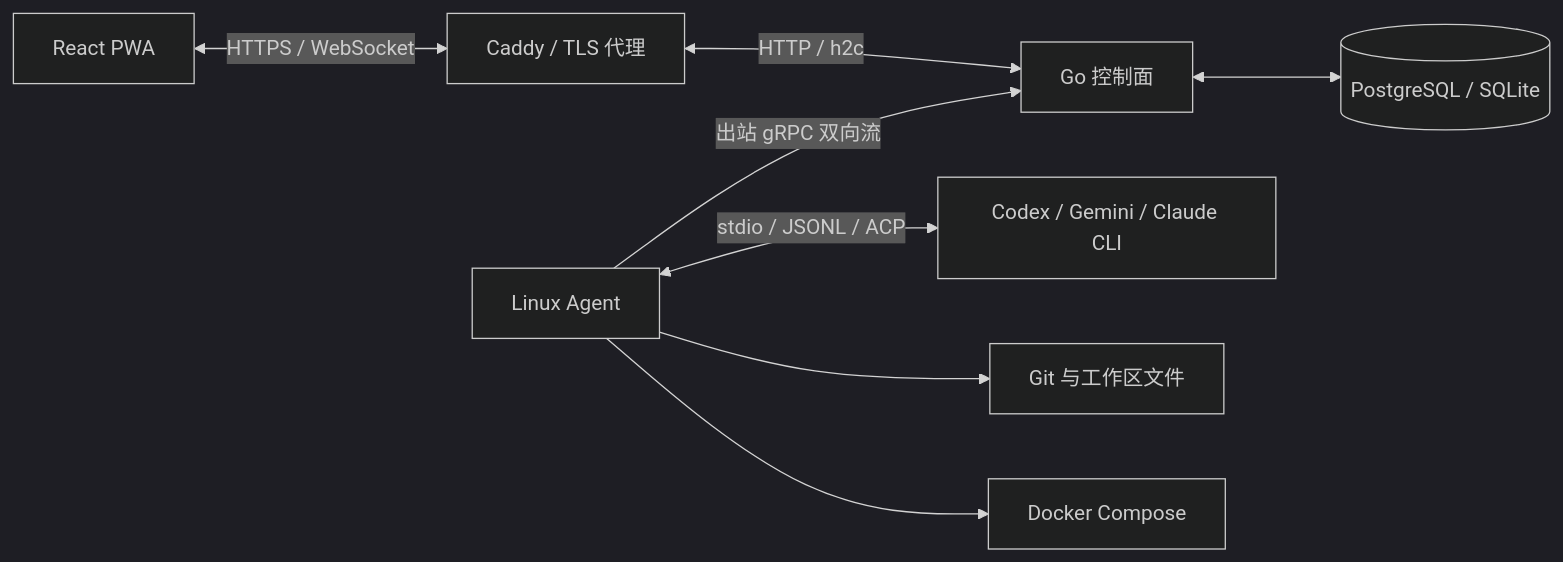
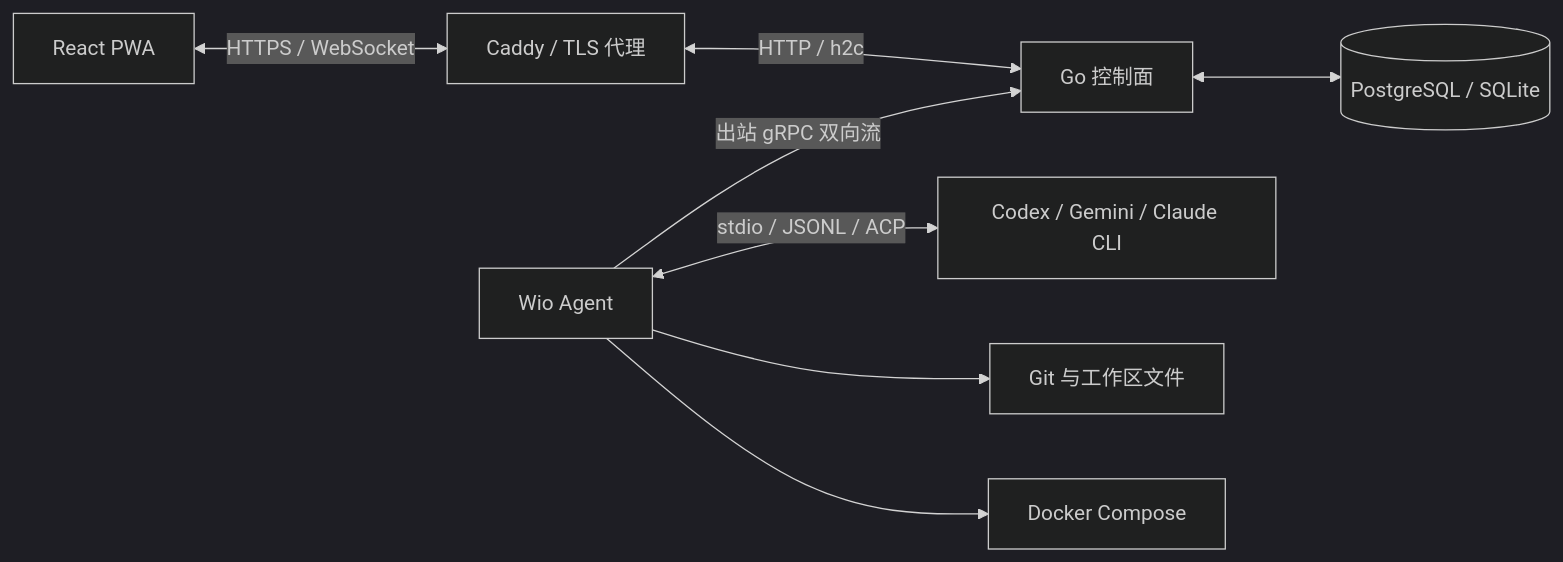
One commit to Eversleeping/My-Wio changed the diagram in README.md. Above: the diagram before and after it, drawn with Mermaid (dark theme). The commit also changed other lines of this file and 109 other files, not shown here.

````diff
--- a/README.md
+++ b/README.md
@@ -44,10 +44,10 @@
 ```mermaid
 flowchart LR
   Browser[React PWA] <-->|HTTPS / WebSocket| Proxy[Caddy / TLS 代理]
   Proxy <-->|HTTP / h2c| Control[Go 控制面]
   Control <--> DB[(PostgreSQL / SQLite)]
-  Agent[Linux Agent] -->|出站 gRPC 双向流| Control
+  Agent[Wio Agent] -->|出站 gRPC 双向流| Control
   Agent <-->|stdio / JSONL / ACP| AI[Codex / Gemini / Claude CLI]
   Agent --> Git[Git 与工作区文件]
   Agent --> Docker[Docker Compose]
 ```
````
